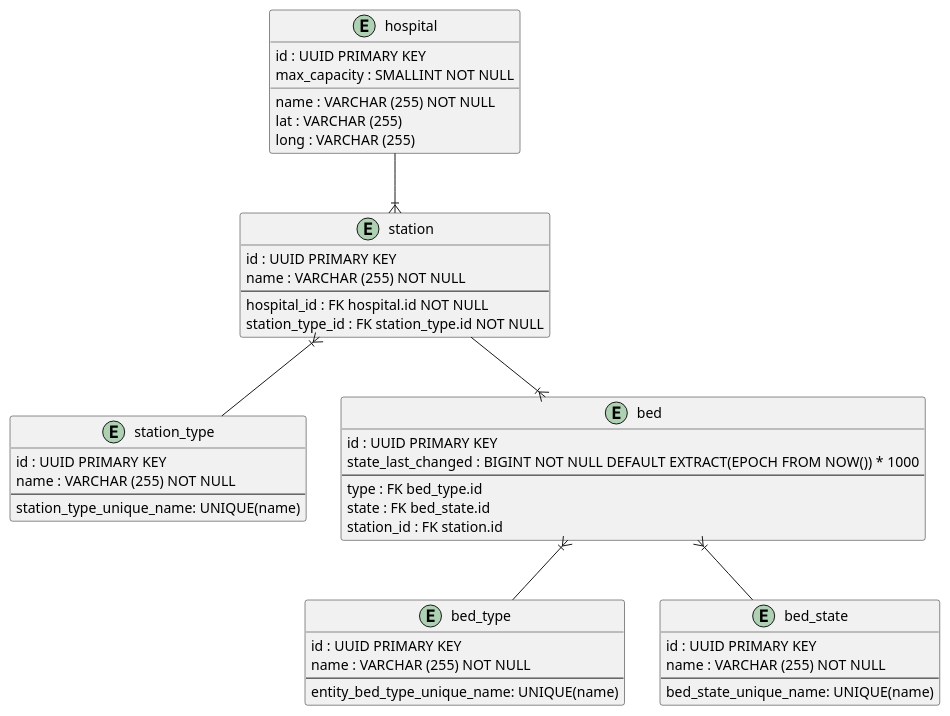
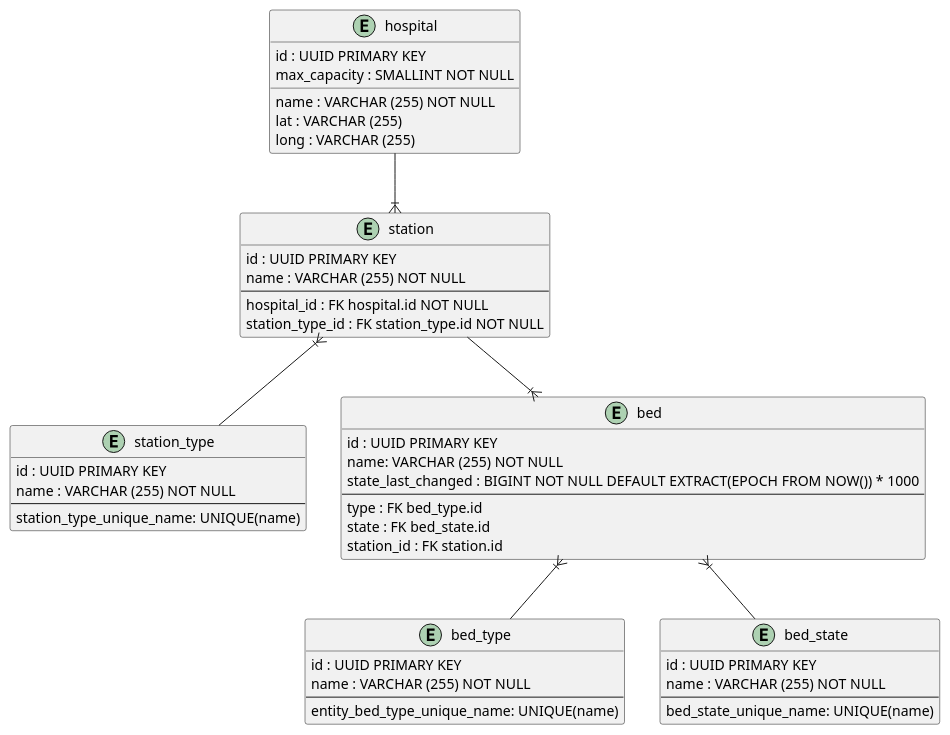
Before and after one commit to track-your-bed/track-your-bed-doc: the diagram in datamodel/bedidentity/datamodel.puml, drawn with PlantUML. The commit also changed 2 other files, not shown here.

```diff
--- a/datamodel/bedidentity/datamodel.puml
+++ b/datamodel/bedidentity/datamodel.puml
@@ -1,53 +1,54 @@
 @startuml
 entity hospital {
     id : UUID PRIMARY KEY
     name : VARCHAR (255) NOT NULL
     max_capacity : SMALLINT NOT NULL
     lat : VARCHAR (255)
     long : VARCHAR (255)
 }
 
 entity station {
     id : UUID PRIMARY KEY
     name : VARCHAR (255) NOT NULL
     --
     hospital_id : FK hospital.id NOT NULL
     station_type_id : FK station_type.id NOT NULL
 }
 
 entity station_type {
     id : UUID PRIMARY KEY
     name : VARCHAR (255) NOT NULL
     --
     station_type_unique_name: UNIQUE(name)
 }
 
 entity bed {
     id : UUID PRIMARY KEY
+    name: VARCHAR (255) NOT NULL
     state_last_changed : BIGINT NOT NULL DEFAULT EXTRACT(EPOCH FROM NOW()) * 1000
     --
     type : FK bed_type.id
     state : FK bed_state.id
     station_id : FK station.id
 }
 
 entity bed_type {
     id : UUID PRIMARY KEY
     name : VARCHAR (255) NOT NULL
     --
     entity_bed_type_unique_name: UNIQUE(name)
 }
 
 entity bed_state {
     id : UUID PRIMARY KEY
     name : VARCHAR (255) NOT NULL
     --
     bed_state_unique_name: UNIQUE(name)
 }
 
 hospital --|{ station
 station }|-- station_type
 station --|{ bed
 bed }|-- bed_type
 bed }|-- bed_state
 @enduml
```
